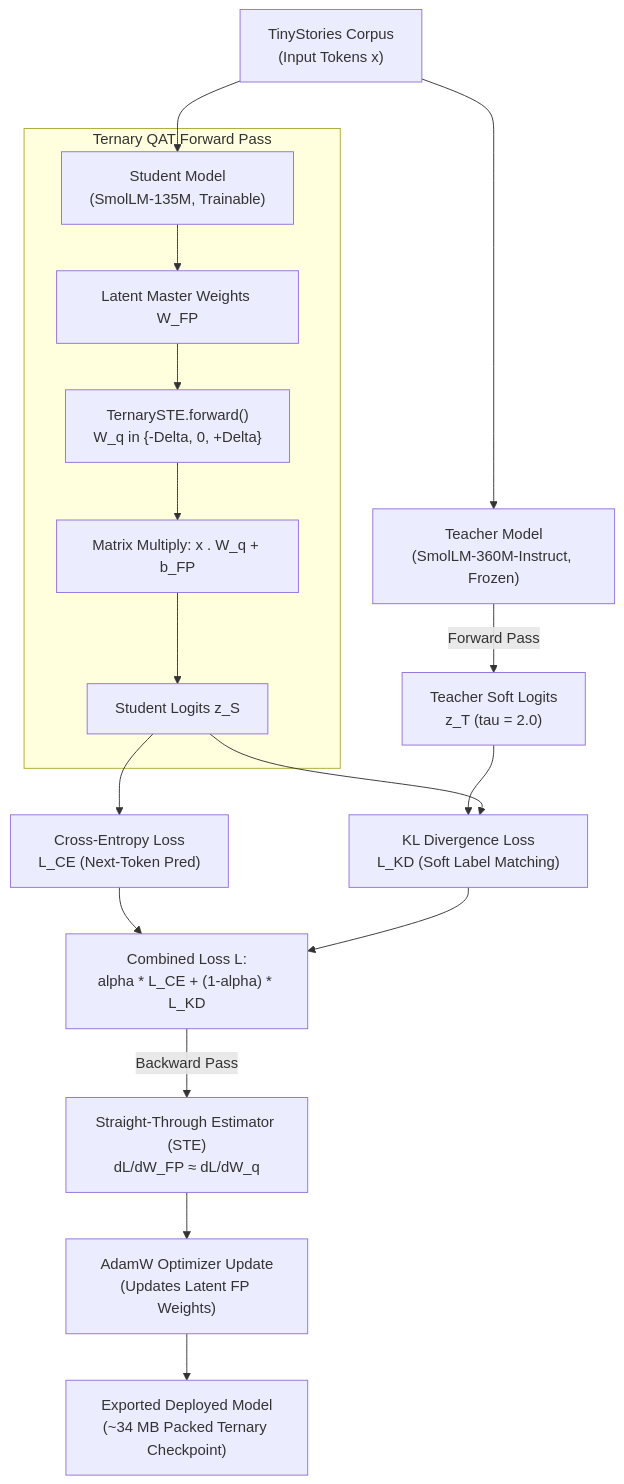
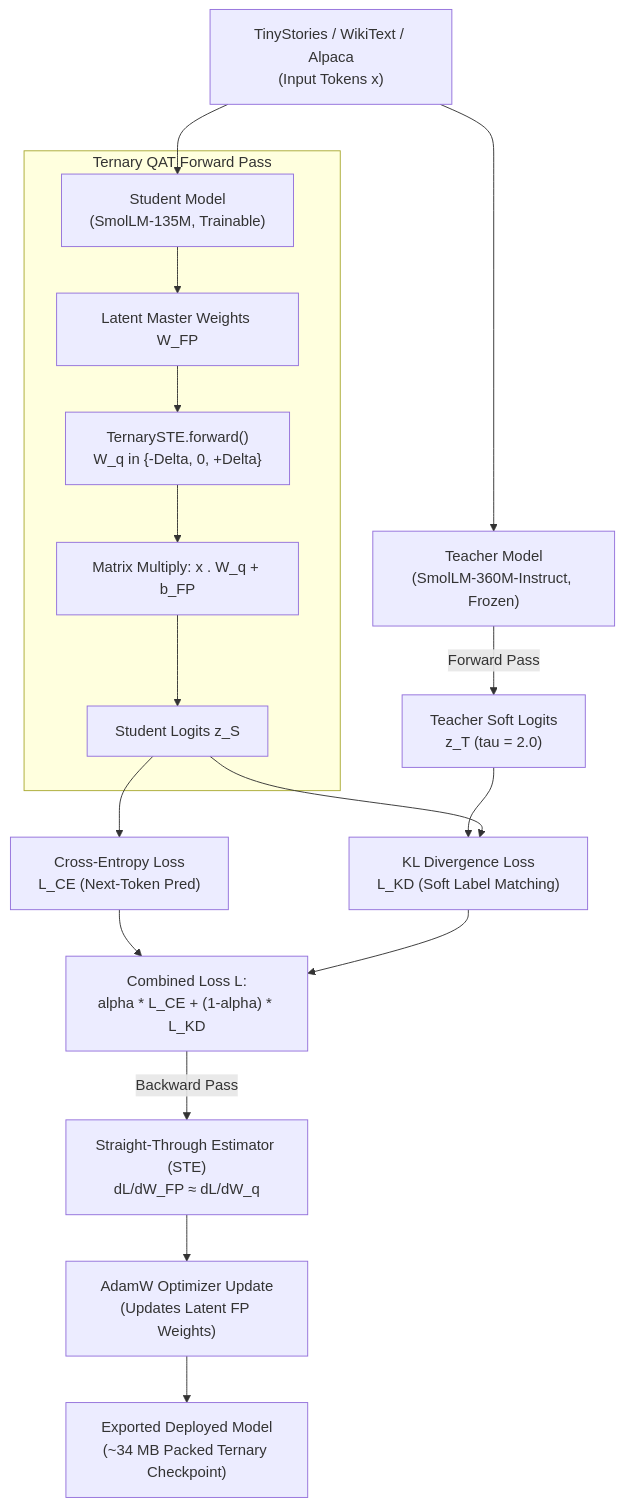
Before and after one commit to Mayank-Rana1/llm_quantization: the first of 3 diagrams in README.md, drawn with Mermaid. The commit also changed other lines of this file and 19 other files, not shown here.

Commit message:
Support all 3 reference datasets (TinyStories, WikiText-103, Alpaca-52K) across training, evaluation, and documentation

````diff
--- a/README.md
+++ b/README.md
@@ -22,23 +23,23 @@
 ```mermaid
 flowchart TD
-    A["TinyStories Corpus\n(Input Tokens x)"] --> B["Teacher Model\n(SmolLM-360M-Instruct, Frozen)"]
+    A["TinyStories / WikiText / Alpaca\n(Input Tokens x)"] --> B["Teacher Model\n(SmolLM-360M-Instruct, Frozen)"]
     A --> C["Student Model\n(SmolLM-135M, Trainable)"]
     
     B -->|Forward Pass| D["Teacher Soft Logits\nz_T (tau = 2.0)"]
     
     subgraph Student_QAT ["Ternary QAT Forward Pass"]
         C --> E["Latent Master Weights W_FP"]
         E --> F["TernarySTE.forward()\nW_q in {-Delta, 0, +Delta}"]
         F --> G["Matrix Multiply: x . W_q + b_FP"]
         G --> H["Student Logits z_S"]
     end
     
     H --> I["Cross-Entropy Loss\nL_CE (Next-Token Pred)"]
     D & H --> J["KL Divergence Loss\nL_KD (Soft Label Matching)"]
     
     I & J --> K["Combined Loss L:\nalpha * L_CE + (1-alpha) * L_KD"]
     
     K -->|Backward Pass| L["Straight-Through Estimator (STE)\ndL/dW_FP ≈ dL/dW_q"]
     L --> M["AdamW Optimizer Update\n(Updates Latent FP Weights)"]
     M --> N["Exported Deployed Model\n(~34 MB Packed Ternary Checkpoint)"]
 ```
````
